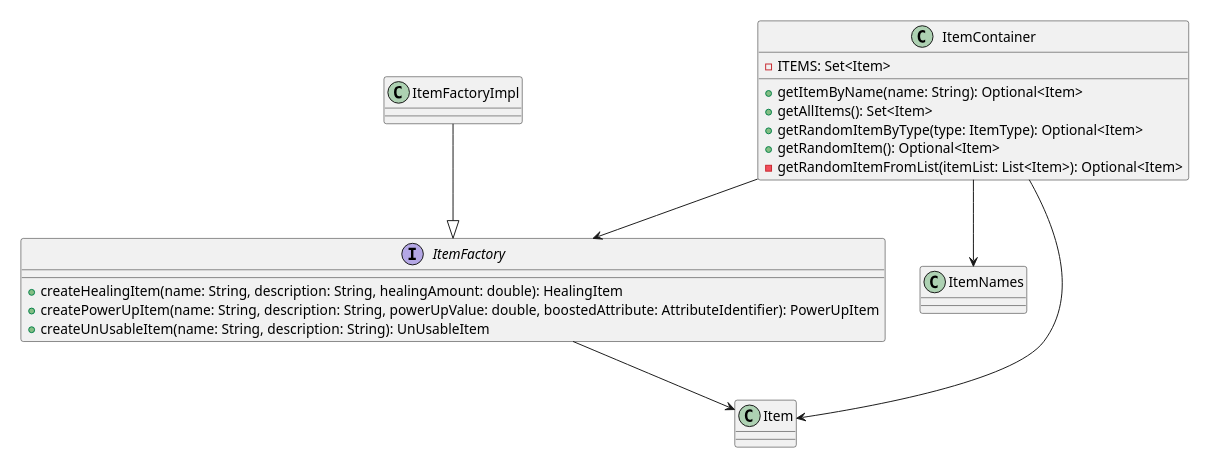
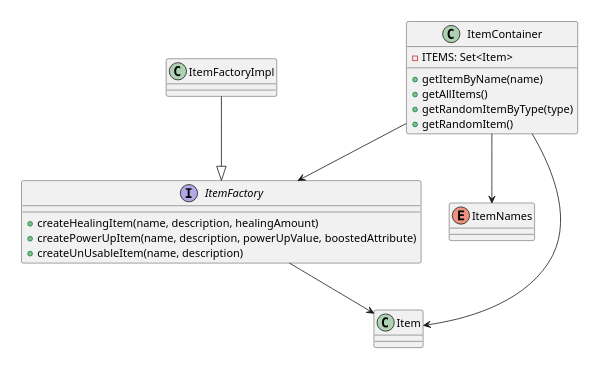
The diagram in docs/item-uml/the-exiled-itemFactory_itemContainer-uml.puml (unibo-oop-projects/OOP23-Baldoni-Beylax-Casadei-MarcoMagnani03-Pazzaglia-exiled), drawn with PlantUML before and after one commit. The commit also changed 5 other files, not shown here.

```diff
--- a/docs/item-uml/the-exiled-itemFactory_itemContainer-uml.puml
+++ b/docs/item-uml/the-exiled-itemFactory_itemContainer-uml.puml
@@ -1,30 +1,29 @@
 @startuml
-scale 0.5
+scale 0.4
 class ItemContainer {
     -ITEMS: Set<Item>
-    +getItemByName(name: String): Optional<Item>
-    +getAllItems(): Set<Item>
-    +getRandomItemByType(type: ItemType): Optional<Item>
-    +getRandomItem(): Optional<Item>
-    -getRandomItemFromList(itemList: List<Item>): Optional<Item>
+    +getItemByName(name)
+    +getAllItems()
+    +getRandomItemByType(type)
+    +getRandomItem()
 }
 
 interface ItemFactory {
-    +createHealingItem(name: String, description: String, healingAmount: double): HealingItem
-    +createPowerUpItem(name: String, description: String, powerUpValue: double, boostedAttribute: AttributeIdentifier): PowerUpItem
-    +createUnUsableItem(name: String, description: String): UnUsableItem
+    +createHealingItem(name, description, healingAmount)
+    +createPowerUpItem(name, description, powerUpValue, boostedAttribute)
+    +createUnUsableItem(name, description)
 }
 
 class ItemFactoryImpl {
 }
 
-class ItemNames {
+enum ItemNames {
     
 }
 
 ItemContainer --> Item
 ItemContainer --> ItemNames
 ItemContainer --> ItemFactory
 ItemFactory --> Item
 ItemFactoryImpl --|> ItemFactory
 @enduml
```
